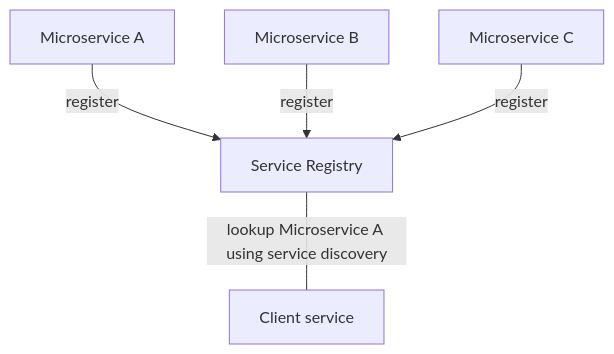
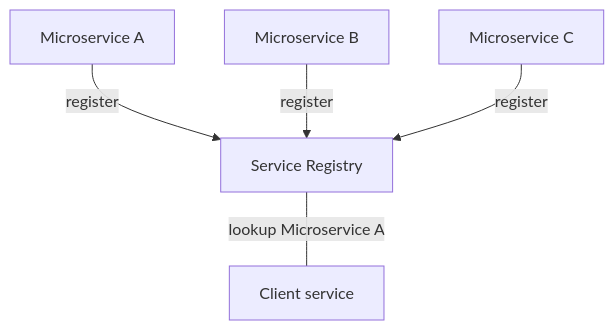
The diagram in service-discovery/README.md (sonamsamdupkhangsar/sonamsamdupkhangsar.github.io), drawn with Mermaid before and after one commit.

Commit message:
add service discovery

````diff
--- a/service-discovery/README.md
+++ b/service-discovery/README.md
@@ -8,13 +8,13 @@
 ```mermaid
 flowchart TD   
     A[Microservice A] 
     B[Microservice B]
     C[Microservice C]
     Eureka[Service Registry]
     D[Client service] 
 
     A --> |register| Eureka
     B --> |register| Eureka
     C --> |register| Eureka
-    Eureka ---|lookup Microservice A using service discovery| D
+    Eureka ---|lookup Microservice A| D
 ``` 
````
